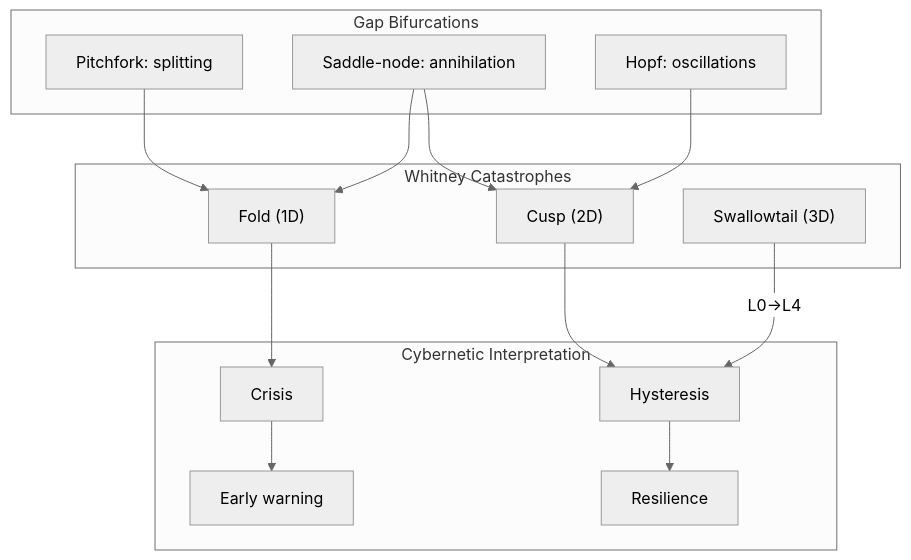
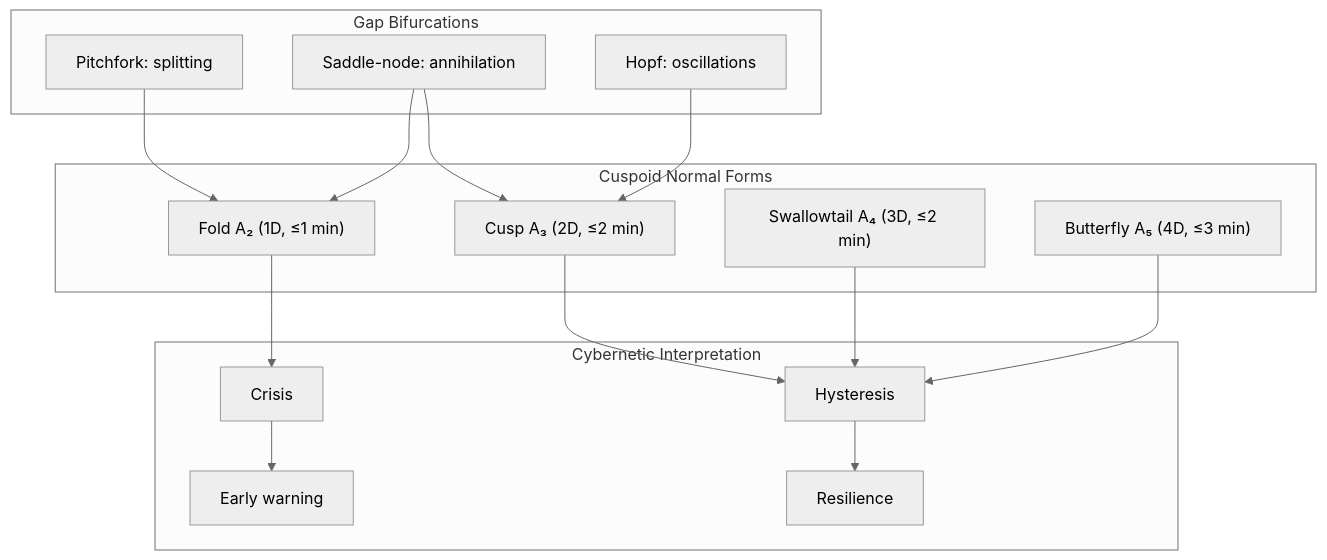
Before and after one commit to gst-st/uhm: the diagram in website/docs/applied/coherence-cybernetics/bifurcation.md, drawn with Mermaid (neutral theme). The commit also changed other lines of this file and 376 other files, not shown here.

First line of the commit message:
Refactor UHM canon, decontaminate architecture, and verify EN/RU parity

````diff
--- a/website/docs/applied/coherence-cybernetics/bifurcation.md
+++ b/website/docs/applied/coherence-cybernetics/bifurcation.md
@@ -646,29 +593,31 @@
 ```mermaid
 graph TD
     subgraph BIF["Gap Bifurcations"]
         PF["Pitchfork: splitting"]
         SN["Saddle-node: annihilation"]
         HF["Hopf: oscillations"]
     end
-    subgraph CAT["Whitney Catastrophes"]
-        FOLD["Fold (1D)"]
-        CUSP["Cusp (2D)"]
-        SW["Swallowtail (3D)"]
+    subgraph CAT["Cuspoid Normal Forms"]
+        FOLD["Fold A₂ (1D, ≤1 min)"]
+        CUSP["Cusp A₃ (2D, ≤2 min)"]
+        SW["Swallowtail A₄ (3D, ≤2 min)"]
+        BF["Butterfly A₅ (4D, ≤3 min)"]
     end
     subgraph APP["Cybernetic Interpretation"]
         CRISIS["Crisis"]
         HYST["Hysteresis"]
         RES["Resilience"]
         WARN["Early warning"]
     end
 
     PF --> FOLD
     SN --> FOLD
     SN --> CUSP
     HF --> CUSP
     FOLD --> CRISIS
     CUSP --> HYST
-    SW --> |"L0→L4"| HYST
+    SW --> HYST
+    BF --> HYST
     CRISIS --> WARN
     HYST --> RES
 ```
````
